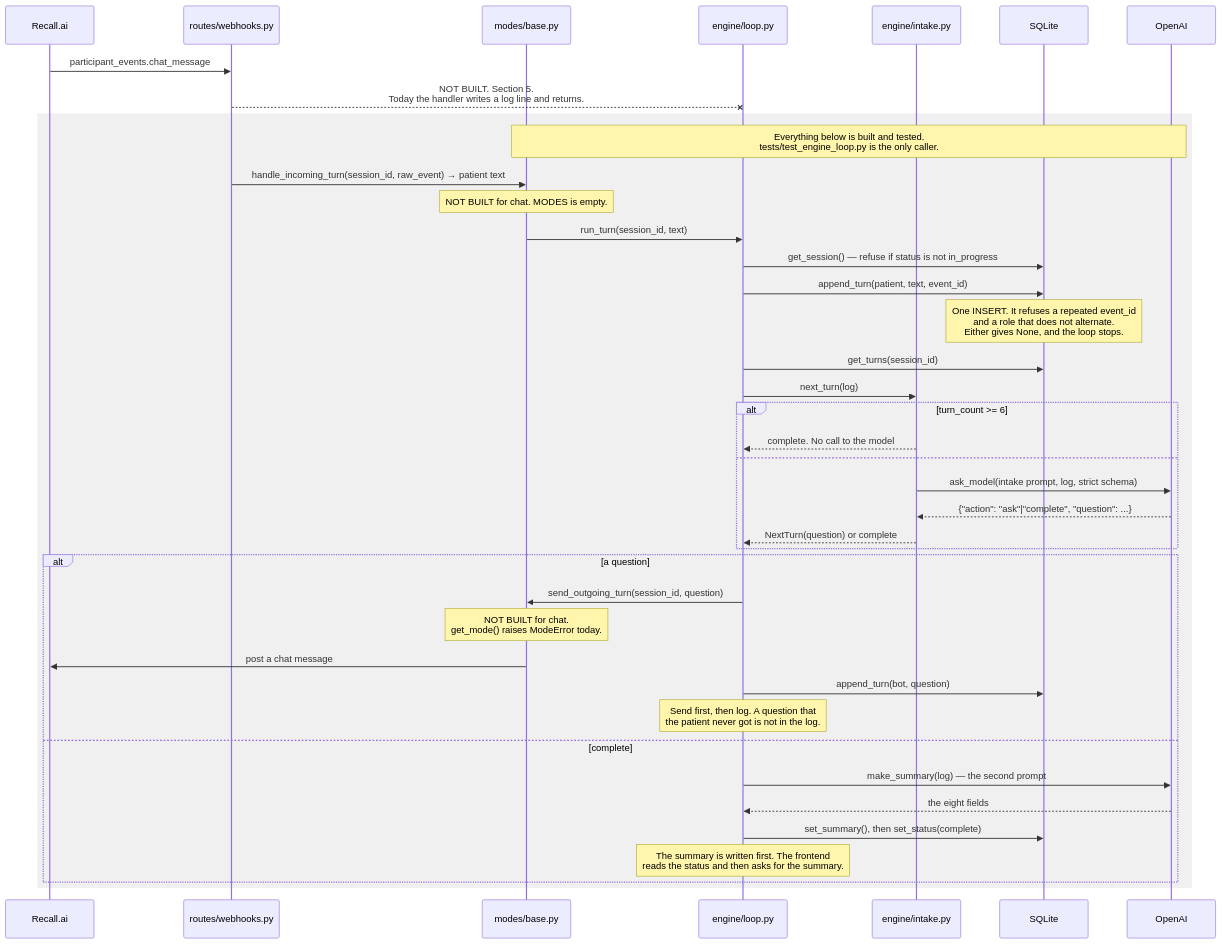
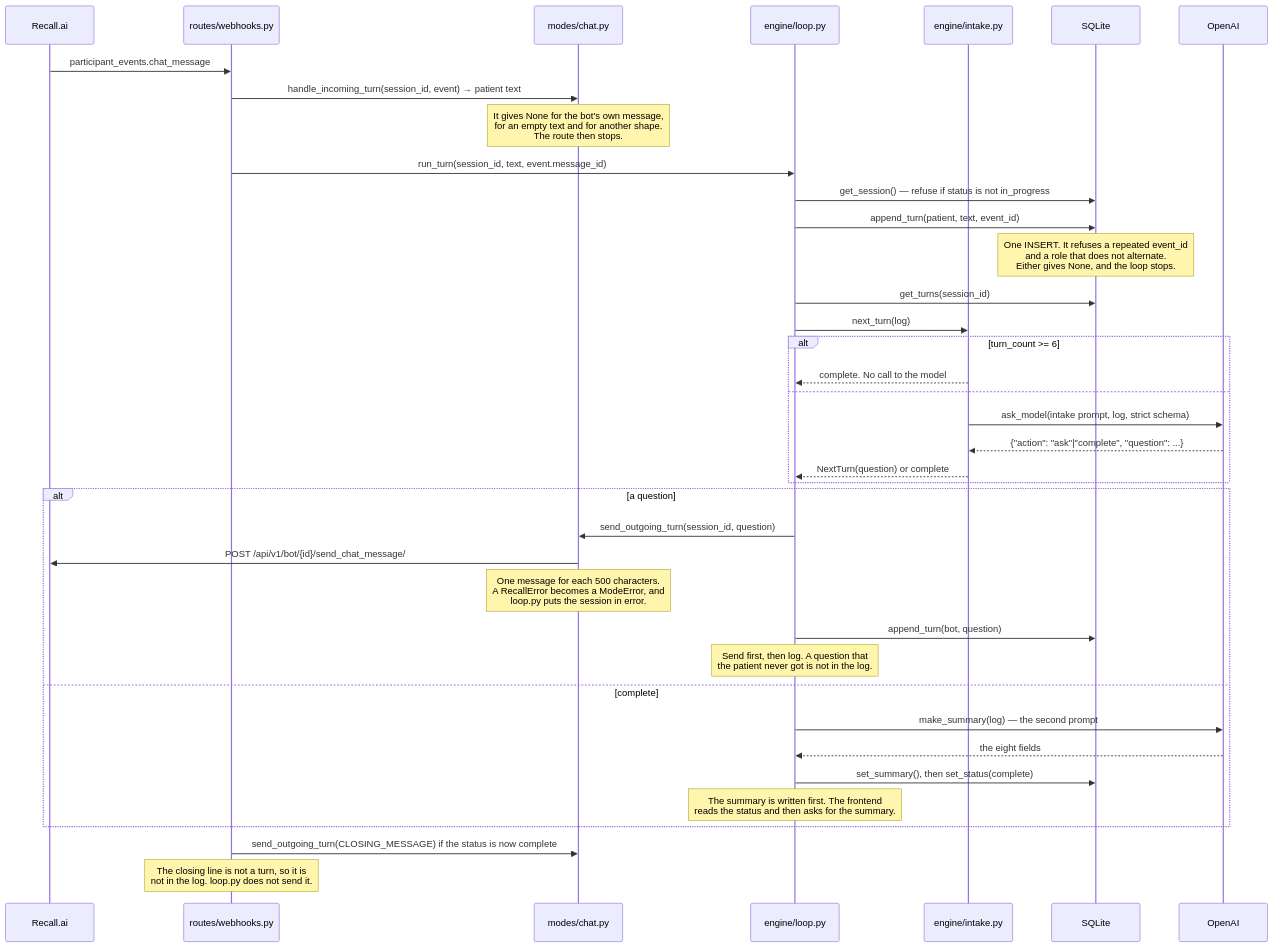
The fourth of 5 diagrams in docs/FLOW.md (samneetsingh/recall-demo), drawn with Mermaid before and after one commit. The commit also changed other lines of this file and 17 other files, not shown here.

First line of the commit message:
feat(backend): chat mode, wired end to end

````diff
--- a/docs/FLOW.md
+++ b/docs/FLOW.md
@@ -176,44 +185,41 @@
 ```mermaid
 sequenceDiagram
     participant R as Recall.ai
     participant W as routes/webhooks.py
-    participant MO as modes/base.py
+    participant MO as modes/chat.py
     participant L as engine/loop.py
     participant I as engine/intake.py
     participant DB as SQLite
     participant O as OpenAI
 
     R->>W: participant_events.chat_message
-    W--xL: NOT BUILT. Section 5.<br/>Today the handler writes a log line and returns.
-
-    rect rgb(240, 240, 240)
-    Note over MO,O: Everything below is built and tested.<br/>tests/test_engine_loop.py is the only caller.
-    W->>MO: handle_incoming_turn(session_id, raw_event) → patient text
-    Note over MO: NOT BUILT for chat. MODES is empty.
-    MO->>L: run_turn(session_id, text)
+    W->>MO: handle_incoming_turn(session_id, event) → patient text
+    Note over MO: It gives None for the bot's own message,<br/>for an empty text and for another shape.<br/>The route then stops.
+    W->>L: run_turn(session_id, text, event.message_id)
     L->>DB: get_session() — refuse if status is not in_progress
     L->>DB: append_turn(patient, text, event_id)
     Note over DB: One INSERT. It refuses a repeated event_id<br/>and a role that does not alternate.<br/>Either gives None, and the loop stops.
     L->>DB: get_turns(session_id)
     L->>I: next_turn(log)
     alt turn_count >= 6
         I-->>L: complete. No call to the model
     else
         I->>O: ask_model(intake prompt, log, strict schema)
         O-->>I: {"action": "ask"|"complete", "question": ...}
         I-->>L: NextTurn(question) or complete
     end
     alt a question
         L->>MO: send_outgoing_turn(session_id, question)
-        Note over MO: NOT BUILT for chat.<br/>get_mode() raises ModeError today.
-        MO->>R: post a chat message
+        MO->>R: POST /api/v1/bot/{id}/send_chat_message/
+        Note over MO: One message for each 500 characters.<br/>A RecallError becomes a ModeError, and<br/>loop.py puts the session in error.
         L->>DB: append_turn(bot, question)
         Note over L: Send first, then log. A question that<br/>the patient never got is not in the log.
     else complete
         L->>O: make_summary(log) — the second prompt
         O-->>L: the eight fields
         L->>DB: set_summary(), then set_status(complete)
         Note over L: The summary is written first. The frontend<br/>reads the status and then asks for the summary.
     end
-    end
+    W->>MO: send_outgoing_turn(CLOSING_MESSAGE) if the status is now complete
+    Note over W: The closing line is not a turn, so it is<br/>not in the log. loop.py does not send it.
 ```
````
